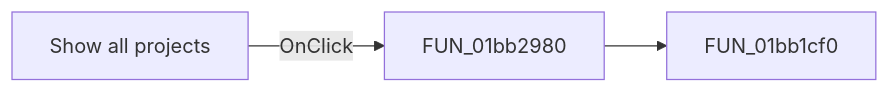
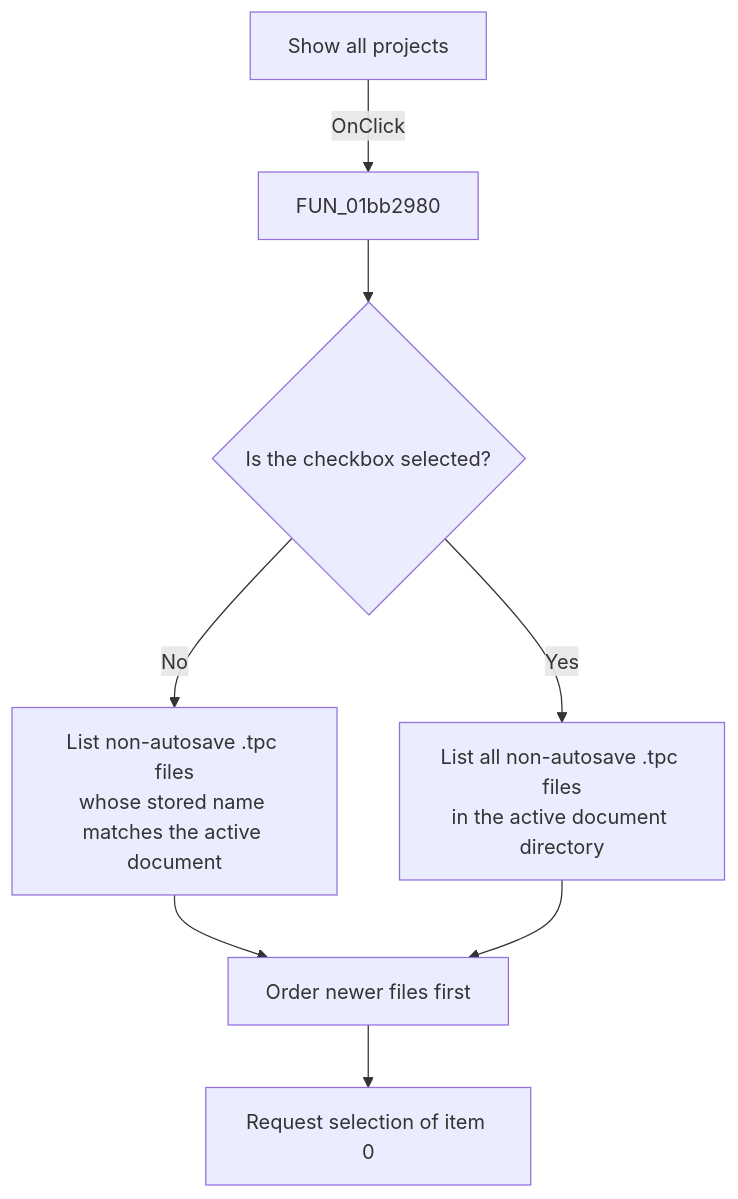
Before and after one commit to MovGP0/TIARA: the diagram in docs/ui-controls/pcbwizard/cbshowall-10ecc1acc8.md, drawn with Mermaid. The commit also changed other lines of this file and 1062 other files, not shown here.

````diff
--- a/docs/ui-controls/pcbwizard/cbshowall-10ecc1acc8.md
+++ b/docs/ui-controls/pcbwizard/cbshowall-10ecc1acc8.md
@@ -27,5 +31,10 @@
 ```mermaid
-flowchart LR
+flowchart TD
     control["Show all projects"] -->|OnClick| handler["FUN_01bb2980"]
-    handler --> call1["FUN_01bb1cf0"]
+    handler --> state{"Is the checkbox selected?"}
+    state -->|No| matching["List non-autosave .tpc files<br/>whose stored name matches the active document"]
+    state -->|Yes| all["List all non-autosave .tpc files<br/>in the active document directory"]
+    matching --> order["Order newer files first"]
+    all --> order
+    order --> select["Request selection of item 0"]
 ```
````
